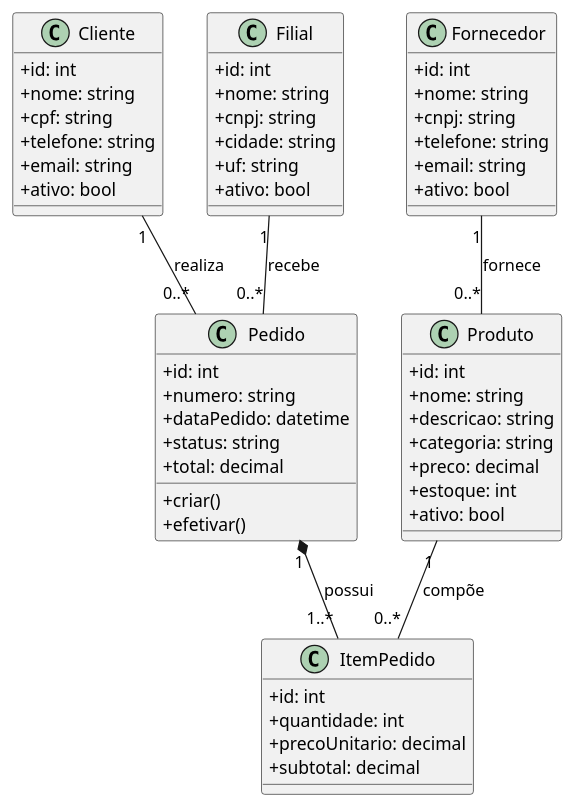
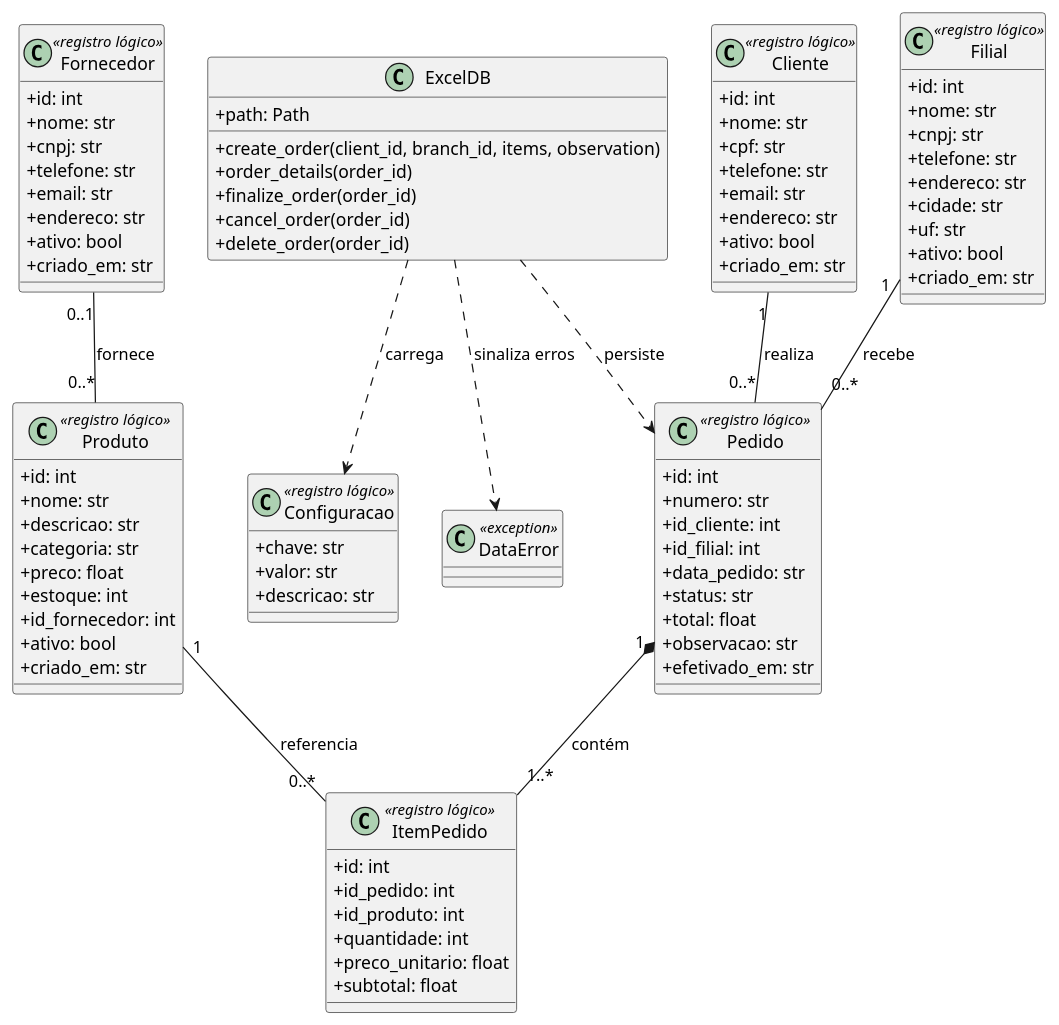
One commit to EnorService/SoftwareProduct-FInal changed the diagram in docs/diagrama_classes.puml. Above: the diagram before and after it, drawn with PlantUML. The commit also changed 15 other files, not shown here.

```diff
--- a/docs/diagrama_classes.puml
+++ b/docs/diagrama_classes.puml
@@ -1,63 +1,86 @@
 @startuml
 skinparam classAttributeIconSize 0
-
-class Produto {
+class ExcelDB {
+  +path: Path
+  +create_order(client_id, branch_id, items, observation)
+  +order_details(order_id)
+  +finalize_order(order_id)
+  +cancel_order(order_id)
+  +delete_order(order_id)
+}
+class DataError <<exception>>
+ExcelDB ..> DataError : sinaliza erros
+class Produto <<registro lógico>> {
   +id: int
-  +nome: string
-  +descricao: string
-  +categoria: string
-  +preco: decimal
+  +nome: str
+  +descricao: str
+  +categoria: str
+  +preco: float
   +estoque: int
+  +id_fornecedor: int
   +ativo: bool
+  +criado_em: str
 }
-
-class Cliente {
+class Cliente <<registro lógico>> {
   +id: int
-  +nome: string
-  +cpf: string
-  +telefone: string
-  +email: string
+  +nome: str
+  +cpf: str
+  +telefone: str
+  +email: str
+  +endereco: str
   +ativo: bool
+  +criado_em: str
 }
-
-class Fornecedor {
+class Fornecedor <<registro lógico>> {
   +id: int
-  +nome: string
-  +cnpj: string
-  +telefone: string
-  +email: string
+  +nome: str
+  +cnpj: str
+  +telefone: str
+  +email: str
+  +endereco: str
   +ativo: bool
+  +criado_em: str
 }
-
-class Filial {
+class Filial <<registro lógico>> {
   +id: int
-  +nome: string
-  +cnpj: string
-  +cidade: string
-  +uf: string
+  +nome: str
+  +cnpj: str
+  +telefone: str
+  +endereco: str
+  +cidade: str
+  +uf: str
   +ativo: bool
+  +criado_em: str
 }
-
-class Pedido {
+class Pedido <<registro lógico>> {
   +id: int
-  +numero: string
-  +dataPedido: datetime
-  +status: string
-  +total: decimal
-  +criar()
-  +efetivar()
+  +numero: str
+  +id_cliente: int
+  +id_filial: int
+  +data_pedido: str
+  +status: str
+  +total: float
+  +observacao: str
+  +efetivado_em: str
 }
-
-class ItemPedido {
+class ItemPedido <<registro lógico>> {
   +id: int
+  +id_pedido: int
+  +id_produto: int
   +quantidade: int
-  +precoUnitario: decimal
-  +subtotal: decimal
+  +preco_unitario: float
+  +subtotal: float
 }
-
-Fornecedor "1" -- "0..*" Produto : fornece
+class Configuracao <<registro lógico>> {
+  +chave: str
+  +valor: str
+  +descricao: str
+}
+ExcelDB ..> Pedido : persiste
+ExcelDB ..> Configuracao : carrega
+Fornecedor "0..1" -- "0..*" Produto : fornece
 Cliente "1" -- "0..*" Pedido : realiza
 Filial "1" -- "0..*" Pedido : recebe
-Pedido "1" *-- "1..*" ItemPedido : possui
-Produto "1" -- "0..*" ItemPedido : compõe
+Pedido "1" *-- "1..*" ItemPedido : contém
+Produto "1" -- "0..*" ItemPedido : referencia
 @enduml
```
